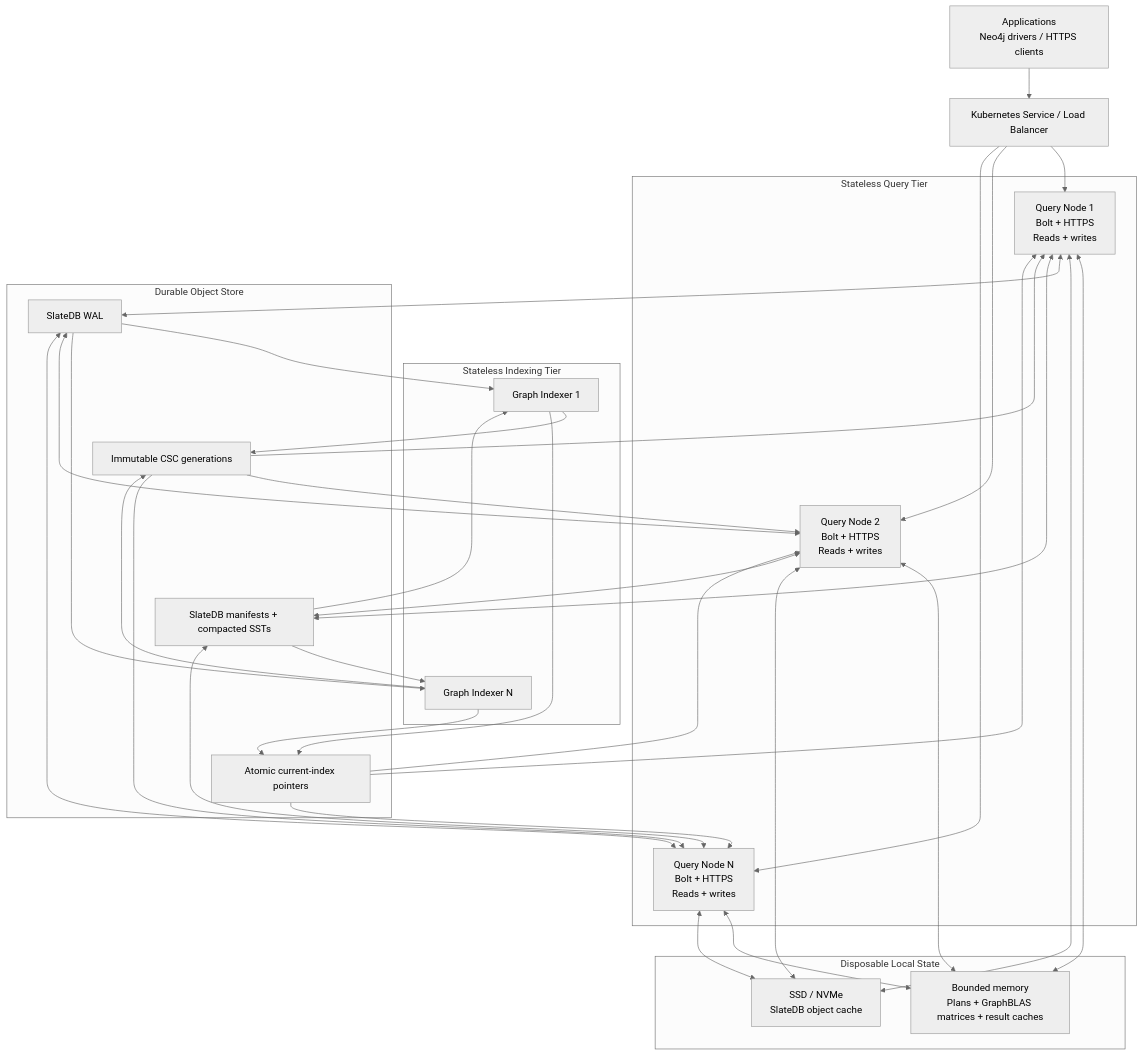
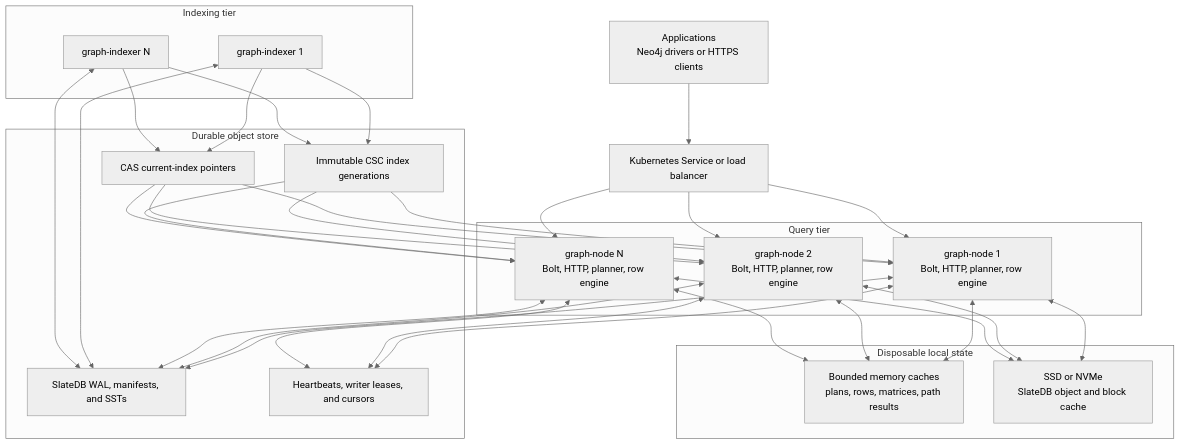
The first of 10 diagrams in architecture.md (BHAVIKA44/hydraddb), drawn with Mermaid (neutral theme) before and after one commit. The commit also changed other lines of this file and 4 other files, not shown here.

````diff
--- a/architecture.md
+++ b/architecture.md
@@ -31,62 +31,60 @@
 ```mermaid
 flowchart TB
-    C["Applications<br/>Neo4j drivers / HTTPS clients"]
-    LB["Kubernetes Service / Load Balancer"]
+    APP["Applications<br/>Neo4j drivers or HTTPS clients"]
+    SVC["Kubernetes Service or load balancer"]
 
-    subgraph Q["Stateless Query Tier"]
-        Q1["Query Node 1<br/>Bolt + HTTPS<br/>Reads + writes"]
-        Q2["Query Node 2<br/>Bolt + HTTPS<br/>Reads + writes"]
-        QN["Query Node N<br/>Bolt + HTTPS<br/>Reads + writes"]
+    subgraph QUERY["Query tier"]
+        Q1["graph-node 1<br/>Bolt, HTTP, planner, row engine"]
+        Q2["graph-node 2<br/>Bolt, HTTP, planner, row engine"]
+        QN["graph-node N<br/>Bolt, HTTP, planner, row engine"]
     end
 
-    subgraph I["Stateless Indexing Tier"]
-        I1["Graph Indexer 1"]
-        IN["Graph Indexer N"]
+    subgraph INDEX["Indexing tier"]
+        I1["graph-indexer 1"]
+        IN["graph-indexer N"]
     end
 
-    subgraph LC["Disposable Local State"]
-        MEM["Bounded memory<br/>Plans + GraphBLAS matrices + result caches"]
-        SSD["SSD / NVMe<br/>SlateDB object cache"]
+    subgraph LOCAL["Disposable local state"]
+        RAM["Bounded memory caches<br/>plans, rows, matrices, path results"]
+        SSD["SSD or NVMe<br/>SlateDB object and block cache"]
     end
 
-    subgraph OS["Durable Object Store"]
-        WAL["SlateDB WAL"]
-        SST["SlateDB manifests + compacted SSTs"]
-        IDX["Immutable CSC generations"]
-        PTR["Atomic current-index pointers"]
+    subgraph STORE["Durable object store"]
+        DB["SlateDB WAL, manifests, and SSTs"]
+        COORD["Heartbeats, writer leases, and cursors"]
+        CSC["Immutable CSC index generations"]
+        CURRENT["CAS current-index pointers"]
     end
 
-    C --> LB
-    LB --> Q1
-    LB --> Q2
-    LB --> QN
+    APP --> SVC
+    SVC --> Q1
+    SVC --> Q2
+    SVC --> QN
 
-    Q1 <--> MEM
+    Q1 <--> RAM
+    Q2 <--> RAM
+    QN <--> RAM
     Q1 <--> SSD
-    Q2 <--> MEM
     Q2 <--> SSD
-    QN <--> MEM
     QN <--> SSD
 
-    Q1 <--> WAL
-    Q2 <--> WAL
-    QN <--> WAL
-    Q1 <--> SST
-    Q2 <--> SST
-    QN <--> SST
-    IDX --> Q1
-    IDX --> Q2
-    IDX --> QN
-    PTR --> Q1
-    PTR --> Q2
-    PTR --> QN
+    Q1 <--> DB
+    Q2 <--> DB
+    QN <--> DB
+    Q1 <--> COORD
+    Q2 <--> COORD
+    QN <--> COORD
 
-    WAL --> I1
-    SST --> I1
-    WAL --> IN
-    SST --> IN
-    I1 --> IDX
-    IN --> IDX
-    I1 --> PTR
-    IN --> PTR
+    I1 <--> DB
+    IN <--> DB
+    I1 --> CSC
+    IN --> CSC
+    I1 --> CURRENT
+    IN --> CURRENT
+    CSC --> Q1
+    CSC --> Q2
+    CSC --> QN
+    CURRENT --> Q1
+    CURRENT --> Q2
+    CURRENT --> QN
 ```
````
